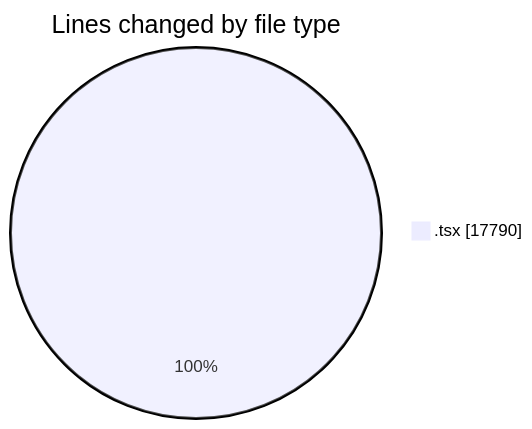
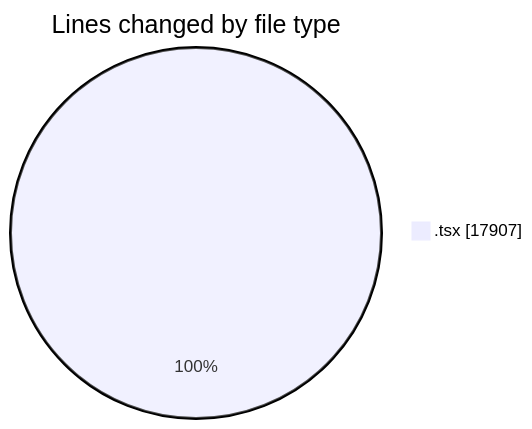
The first of 2 diagrams in 2026-08-23/nxtqube_webapp/README.md (nxtqubesakshisongat/code-tracking), drawn with Mermaid before and after one commit. The commit also changed other lines of this file and 1 other file, not shown here.

````diff
--- a/2026-08-23/nxtqube_webapp/README.md
+++ b/2026-08-23/nxtqube_webapp/README.md
@@ -49,5 +50,5 @@
 ```mermaid
 pie showData
 title Lines changed by file type
-".tsx" : 17790
+".tsx" : 17907
 ```
````
